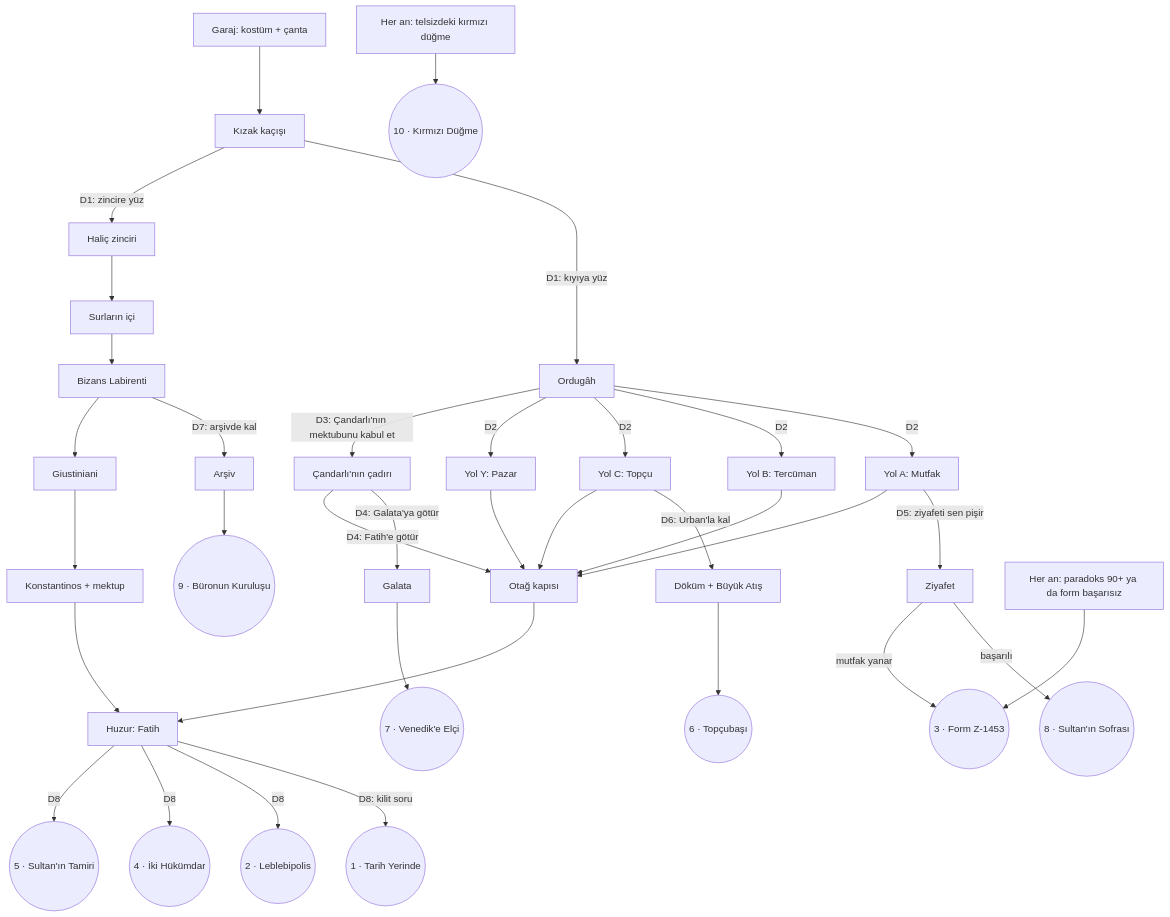
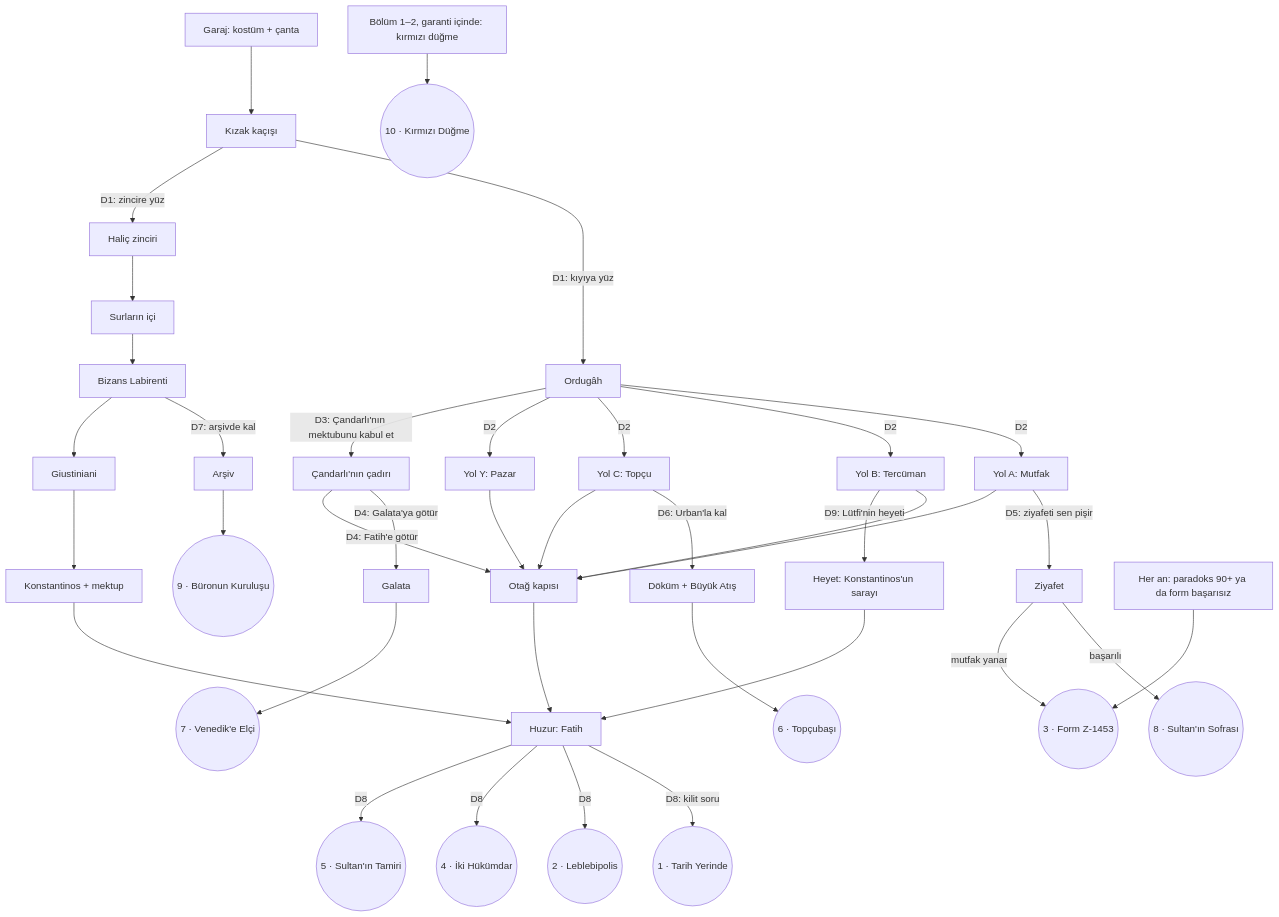
The diagram in docs/STORY_BRANCHES.md (TradersEntertainment/nothistorygame), drawn with Mermaid before and after one commit. The commit also changed other lines of this file and 5 other files, not shown here.

````diff
--- a/docs/STORY_BRANCHES.md
+++ b/docs/STORY_BRANCHES.md
@@ -29,38 +30,39 @@
 ```mermaid
 flowchart TD
     G["Garaj: kostüm + çanta"] --> K["Kızak kaçışı"]
     K -->|"D1: kıyıya yüz"| O["Ordugâh"]
     K -->|"D1: zincire yüz"| Z["Haliç zinciri"] --> BZ["Surların içi"]
 
     O -->|"D2"| A["Yol A: Mutfak"]
     O -->|"D2"| B["Yol B: Tercüman"]
     O -->|"D2"| C["Yol C: Topçu"]
     O -->|"D2"| Y["Yol Y: Pazar"]
     O -->|"D3: Çandarlı'nın mektubunu kabul et"| CN["Çandarlı'nın çadırı"]
 
     CN -->|"D4: Galata'ya götür"| GL["Galata"] --> E7(("7 · Venedik'e Elçi"))
     CN -->|"D4: Fatih'e götür"| KP
 
     A -->|"D5: ziyafeti sen pişir"| ZF["Ziyafet"]
     ZF -->|"başarılı"| E8(("8 · Sultan'ın Sofrası"))
     ZF -->|"mutfak yanar"| E3
     A --> KP["Otağ kapısı"]
 
     C -->|"D6: Urban'la kal"| DT["Döküm + Büyük Atış"] --> E6(("6 · Topçubaşı"))
     C --> KP
     B --> KP
+    B -->|"D9: Lütfi'nin heyeti"| HY["Heyet: Konstantinos'un sarayı"] --> H
     Y --> KP
 
     BZ --> LB["Bizans Labirenti"]
     LB -->|"D7: arşivde kal"| AR["Arşiv"] --> E9(("9 · Büronun Kuruluşu"))
     LB --> GI["Giustiniani"] --> KO["Konstantinos + mektup"] --> H
 
     KP --> H["Huzur: Fatih"]
     H -->|"D8: kilit soru"| E1(("1 · Tarih Yerinde"))
     H -->|"D8"| E2(("2 · Leblebipolis"))
     H -->|"D8"| E4(("4 · İki Hükümdar"))
     H -->|"D8"| E5(("5 · Sultan'ın Tamiri"))
 
     ANY["Her an: paradoks 90+ ya da form başarısız"] --> E3(("3 · Form Z-1453"))
-    RB["Her an: telsizdeki kırmızı düğme"] --> E10(("10 · Kırmızı Düğme"))
+    RB["Bölüm 1–2, garanti içinde: kırmızı düğme"] --> E10(("10 · Kırmızı Düğme"))
 ```
````
